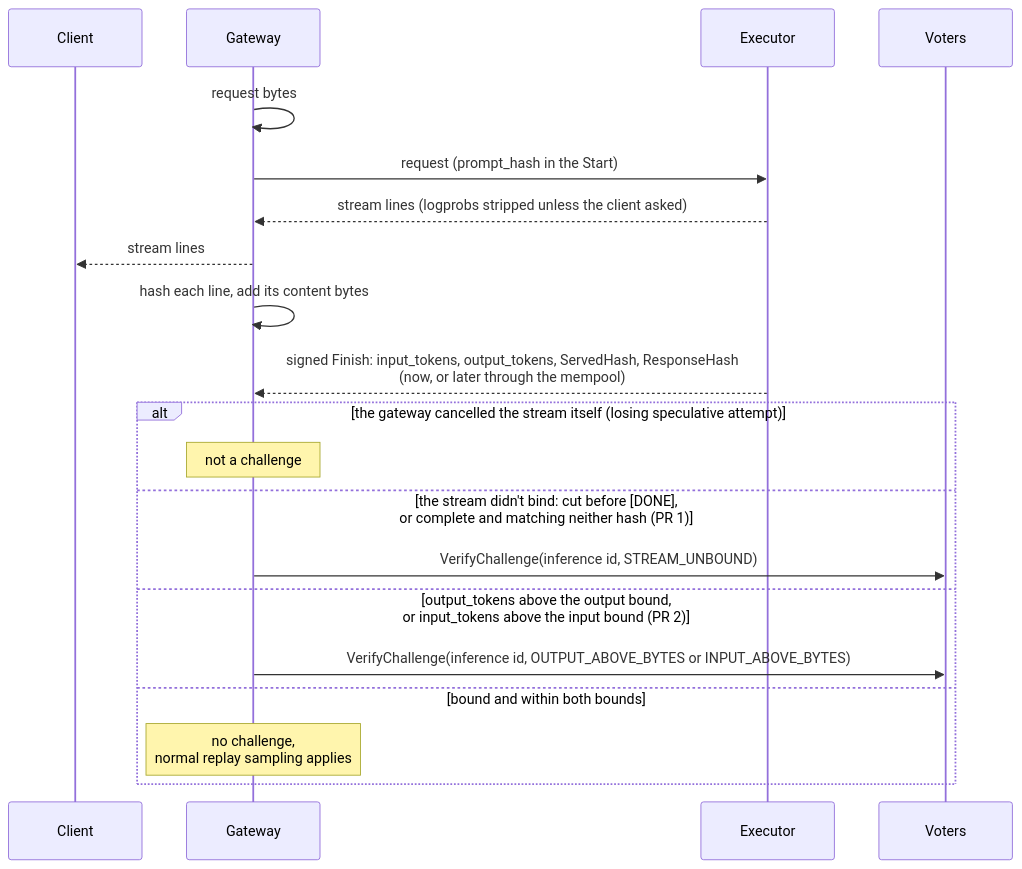
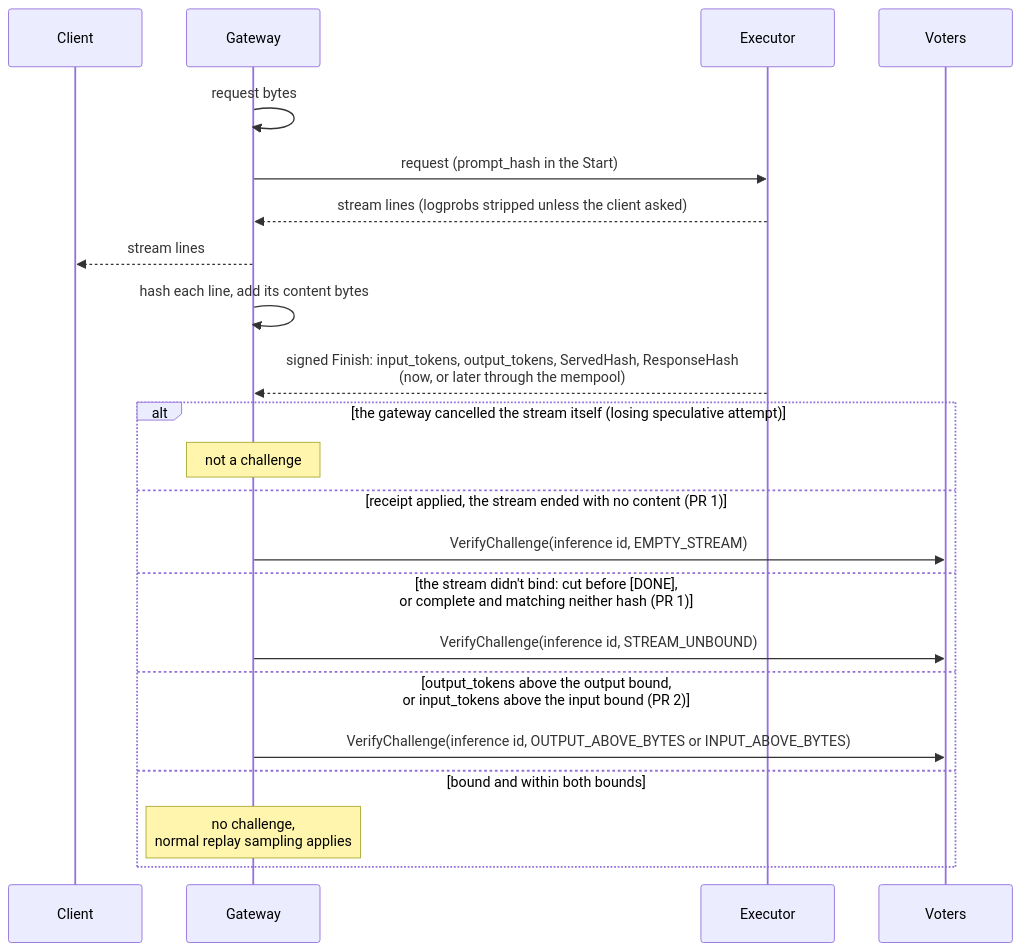
The second of 4 diagrams in docs/community/issues/02000-devshard-executor-reported-output-tokens-set-the-payment-and.md (Daniil-Zotov/gonkadocs), drawn with Mermaid before and after one commit. The commit also changed other lines of this file and 433 other files, not shown here.

````diff
--- a/docs/community/issues/02000-devshard-executor-reported-output-tokens-set-the-payment-and.md
+++ b/docs/community/issues/02000-devshard-executor-reported-output-tokens-set-the-payment-and.md
@@ -98,22 +98,24 @@
 ```mermaid
 sequenceDiagram
     participant C as Client
     participant G as Gateway
     participant E as Executor
     participant V as Voters
     G->>G: request bytes
     G->>E: request (prompt_hash in the Start)
     E-->>G: stream lines (logprobs stripped unless the client asked)
     G-->>C: stream lines
     G->>G: hash each line, add its content bytes
     E-->>G: signed Finish: input_tokens, output_tokens, ServedHash, ResponseHash<br/>(now, or later through the mempool)
     alt the gateway cancelled the stream itself (losing speculative attempt)
         Note over G: not a challenge
+    else receipt applied, the stream ended with no content (PR 1)
+        G->>V: VerifyChallenge(inference id, EMPTY_STREAM)
     else the stream didn't bind: cut before [DONE],<br/>or complete and matching neither hash (PR 1)
         G->>V: VerifyChallenge(inference id, STREAM_UNBOUND)
     else output_tokens above the output bound,<br/>or input_tokens above the input bound (PR 2)
         G->>V: VerifyChallenge(inference id, OUTPUT_ABOVE_BYTES or INPUT_ABOVE_BYTES)
     else bound and within both bounds
         Note over G: no challenge,<br/>normal replay sampling applies
     end
 ```
````
